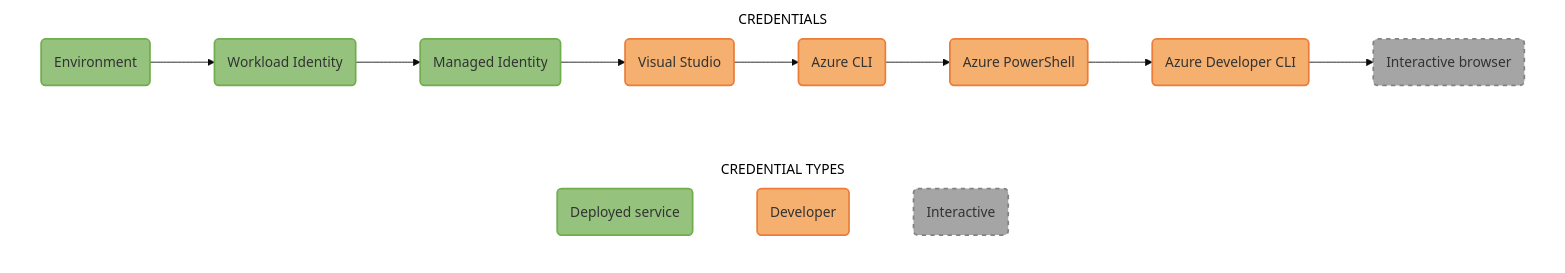
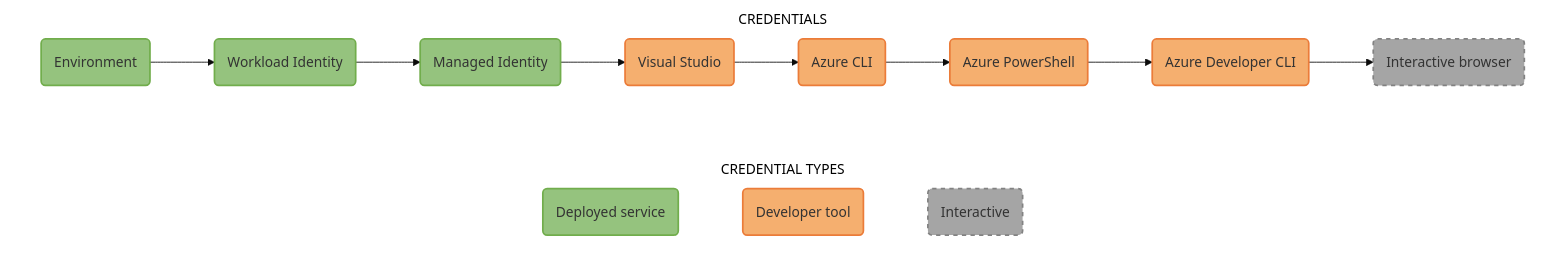
The diagram in docs/azure/sdk/media/mermaidjs/DefaultAzureCredentialAuthFlow.md (dotnet/docs), drawn with Mermaid before and after one commit. The commit also changed 2 other files, not shown here.

Commit message:
More edits

````diff
--- a/docs/azure/sdk/media/mermaidjs/DefaultAzureCredentialAuthFlow.md
+++ b/docs/azure/sdk/media/mermaidjs/DefaultAzureCredentialAuthFlow.md
@@ -1,46 +1,46 @@
 ```mermaid
 %% STEPS TO GENERATE IMAGE
 %% =======================
 %% 1. Install mermaid CLI v10.9.1 (see https://github.com/mermaid-js/mermaid-cli/blob/master/README.md):
 %%    npm i -g @mermaid-js/mermaid-cli@10.9.1
 %% 2. Run command: mmdc -i DefaultAzureCredentialAuthFlow.md -o DefaultAzureCredentialAuthFlow.svg
 
 %%{
   init: {
     'theme': 'base',
     'themeVariables': {
       'tertiaryBorderColor': '#fff',
       'tertiaryColor': '#fff'
     }
   }
 }%%
 
 flowchart LR;
     accTitle: DefaultAzureCredential authentication flow
     accDescr: Flowchart showing the credential chain implemented by DefaultAzureCredential
 
     subgraph CREDENTIAL TYPES;
         direction LR;
-        Deployed(Deployed service):::deployed ~~~ Developer(Developer):::developer ~~~ Interactive(Interactive):::interactive;
+        Deployed(Deployed service):::deployed ~~~ Developer(Developer tool):::developer ~~~ Interactive(Interactive):::interactive;
     end;
 
     subgraph CREDENTIALS;
         direction LR;
         A(Environment):::deployed --> B(Workload Identity):::deployed --> C(Managed Identity):::deployed --> D(Visual Studio):::developer --> E(Azure CLI):::developer --> F(Azure PowerShell):::developer --> G(Azure Developer CLI):::developer --> H(Interactive browser):::interactive;
     end;
 
     %% Define styles for credential type boxes
     classDef deployed fill:#95C37E, stroke:#71AD4C, stroke-width:2px;
     classDef developer fill:#F5AF6F, stroke:#EB7C39, stroke-width:2px;
     classDef interactive fill:#A5A5A5, stroke:#828282, stroke-dasharray:5 5, stroke-width:2px;
 
     %% Add API ref links to credential type boxes
     click A "https://learn.microsoft.com/dotnet/api/azure.identity.environmentcredential?view=azure-dotnet" _blank;
     click B "https://learn.microsoft.com/dotnet/api/azure.identity.workloadidentitycredential?view=azure-dotnet" _blank;
     click C "https://learn.microsoft.com/dotnet/api/azure.identity.managedidentitycredential?view=azure-dotnet" _blank;
     click D "https://learn.microsoft.com/dotnet/api/azure.identity.visualstudiocredential?view=azure-dotnet" _blank;
     click E "https://learn.microsoft.com/dotnet/api/azure.identity.azureclicredential?view=azure-dotnet" _blank;
     click F "https://learn.microsoft.com/dotnet/api/azure.identity.azurepowershellcredential?view=azure-dotnet" _blank;
     click G "https://learn.microsoft.com/dotnet/api/azure.identity.azuredeveloperclicredential?view=azure-dotnet" _blank
     click H "https://learn.microsoft.com/dotnet/api/azure.identity.interactivebrowsercredential?view=azure-dotnet" _blank;
 ```
````
